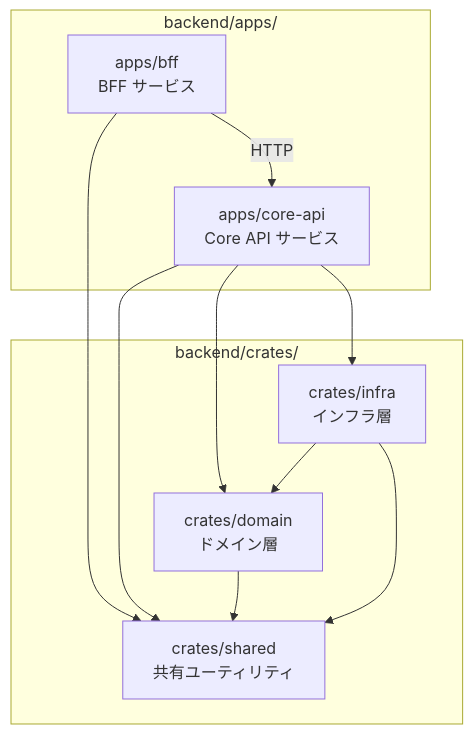
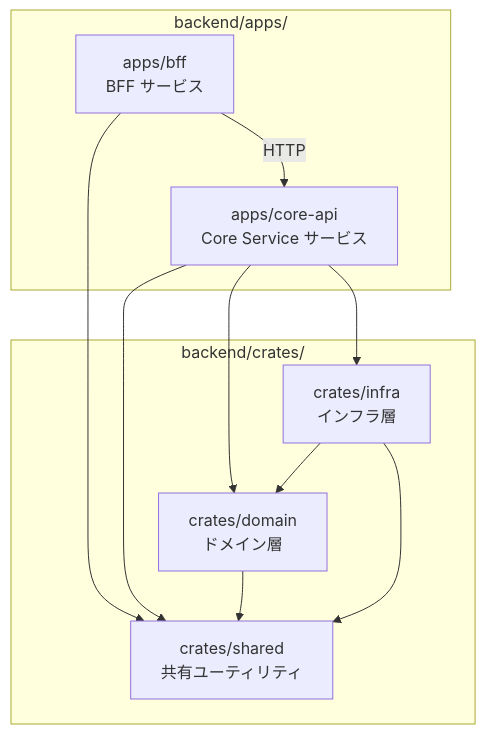
One commit to ka2kama/ringiflow changed the first of 3 diagrams in docs/02_基本設計書/02_プロジェクト構造設計.md. Above: the diagram before and after it, drawn with Mermaid. The commit also changed other lines of this file and 25 other files, not shown here.

First line of the commit message:
docs: Core API → Core Service に命名を統一

````diff
--- a/docs/02_基本設計書/02_プロジェクト構造設計.md
+++ b/docs/02_基本設計書/02_プロジェクト構造設計.md
@@ -151,24 +151,24 @@
 ```mermaid
 graph TB
     subgraph "backend/apps/"
         BFF["apps/bff<br/>BFF サービス"]
-        CoreAPI["apps/core-api<br/>Core API サービス"]
+        CoreAPI["apps/core-api<br/>Core Service サービス"]
     end
 
     subgraph "backend/crates/"
         Domain["crates/domain<br/>ドメイン層"]
         Infra["crates/infra<br/>インフラ層"]
         Shared["crates/shared<br/>共有ユーティリティ"]
     end
 
     BFF -->|HTTP| CoreAPI
     BFF --> Shared
 
     CoreAPI --> Domain
     CoreAPI --> Infra
     CoreAPI --> Shared
 
     Domain --> Shared
     Infra --> Domain
     Infra --> Shared
 ```
````
